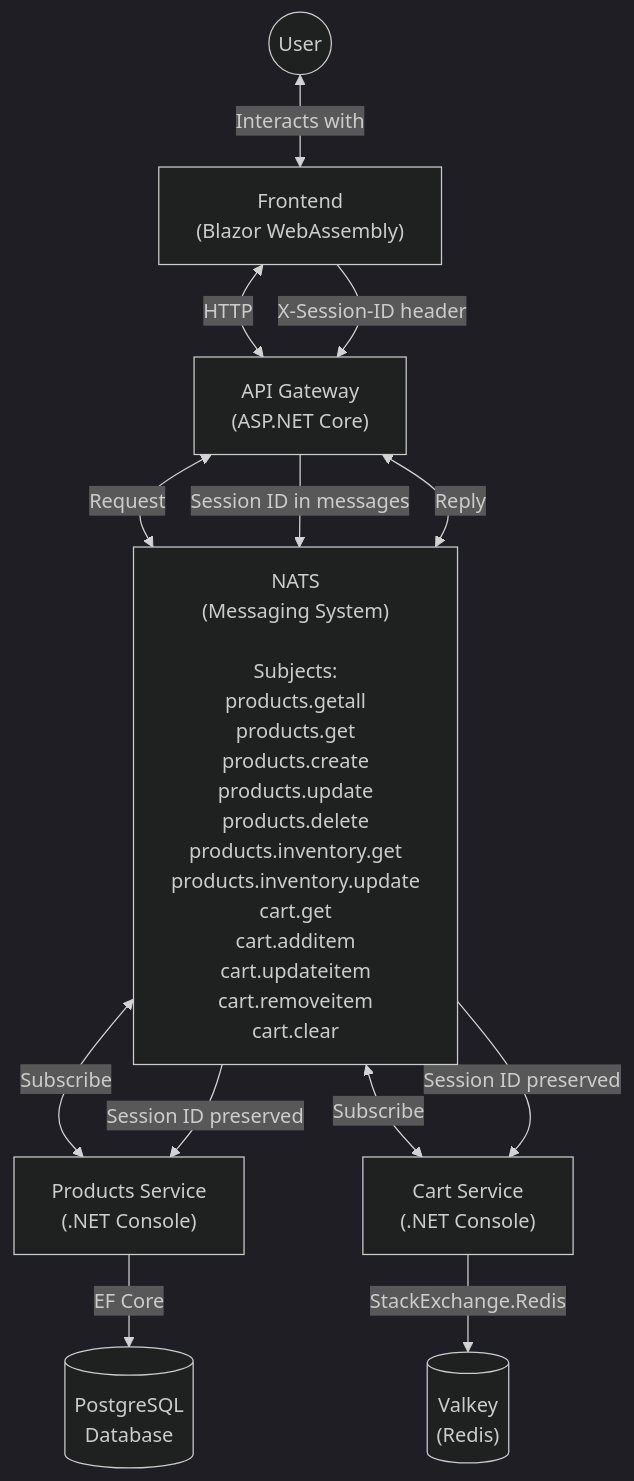
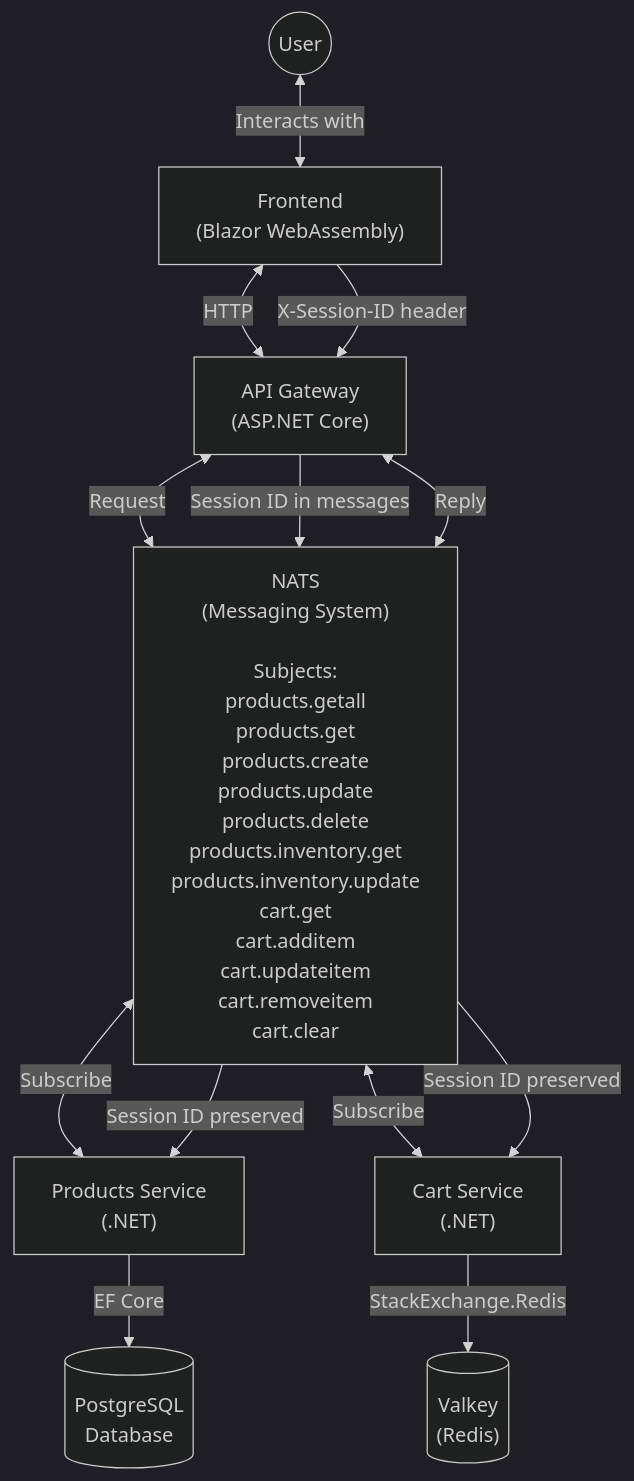
One commit to ch0ppy35/shop changed the diagram in README.md. Above: the diagram before and after it, drawn with Mermaid (dark theme).

````diff
--- a/README.md
+++ b/README.md
@@ -7,28 +7,28 @@
 ```mermaid
 graph TD
     %% Main components
     Frontend["Frontend<br/>(Blazor WebAssembly)"] <--HTTP--> Gateway["API Gateway<br/>(ASP.NET Core)"];
     NATS["NATS<br/>(Messaging System)<br/><br/>Subjects:<br/>products.getall<br/>products.get<br/>products.create<br/>products.update<br/>products.delete<br/>products.inventory.get<br/>products.inventory.update<br/>cart.get<br/>cart.additem<br/>cart.updateitem<br/>cart.removeitem<br/>cart.clear"]
-    Products["Products Service<br/>(.NET Console)"];
-    Cart["Cart Service<br/>(.NET Console)"];
+    Products["Products Service<br/>(.NET)"];
+    Cart["Cart Service<br/>(.NET)"];
 
     %% Databases
     Products --EF Core--> PostgreSQL[("PostgreSQL<br/>Database")];
     Cart --StackExchange.Redis--> Valkey[("Valkey<br/>(Redis)")];
 
     %% NATS connections
     Gateway <--Request--> NATS;
     NATS <--Reply--> Gateway;
     NATS <--Subscribe--> Products;
     NATS <--Subscribe--> Cart;
 
     %% Session ID flow
     Frontend --"X-Session-ID header"--> Gateway;
     Gateway --"Session ID in messages"--> NATS;
     NATS --"Session ID preserved"--> Products;
     NATS --"Session ID preserved"--> Cart;
 
     %% User flow
     User(("User")) <--Interacts with--> Frontend;
 
 ```
````
